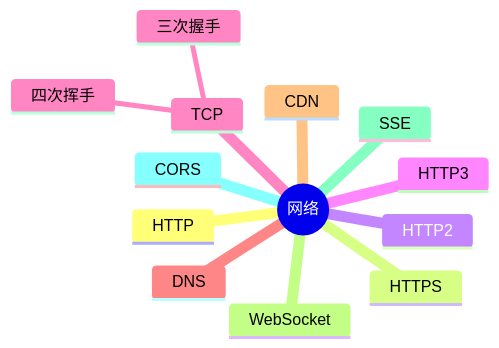
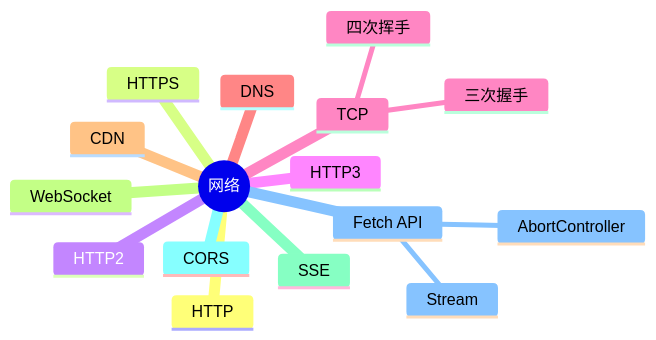
The diagram in docs/网络/index.md (zjh42139/interview-notes), drawn with Mermaid before and after one commit. The commit also changed other lines of this file and 23 other files, not shown here.

````diff
--- a/docs/网络/index.md
+++ b/docs/网络/index.md
@@ -9,16 +9,19 @@
 ```mermaid
 mindmap
   root((网络))
     HTTP
     HTTPS
     HTTP2
     HTTP3
     TCP
       三次握手
       四次挥手
     DNS
     CDN
     WebSocket
     SSE
     CORS
+    Fetch API
+      AbortController
+      Stream
 ```
````
